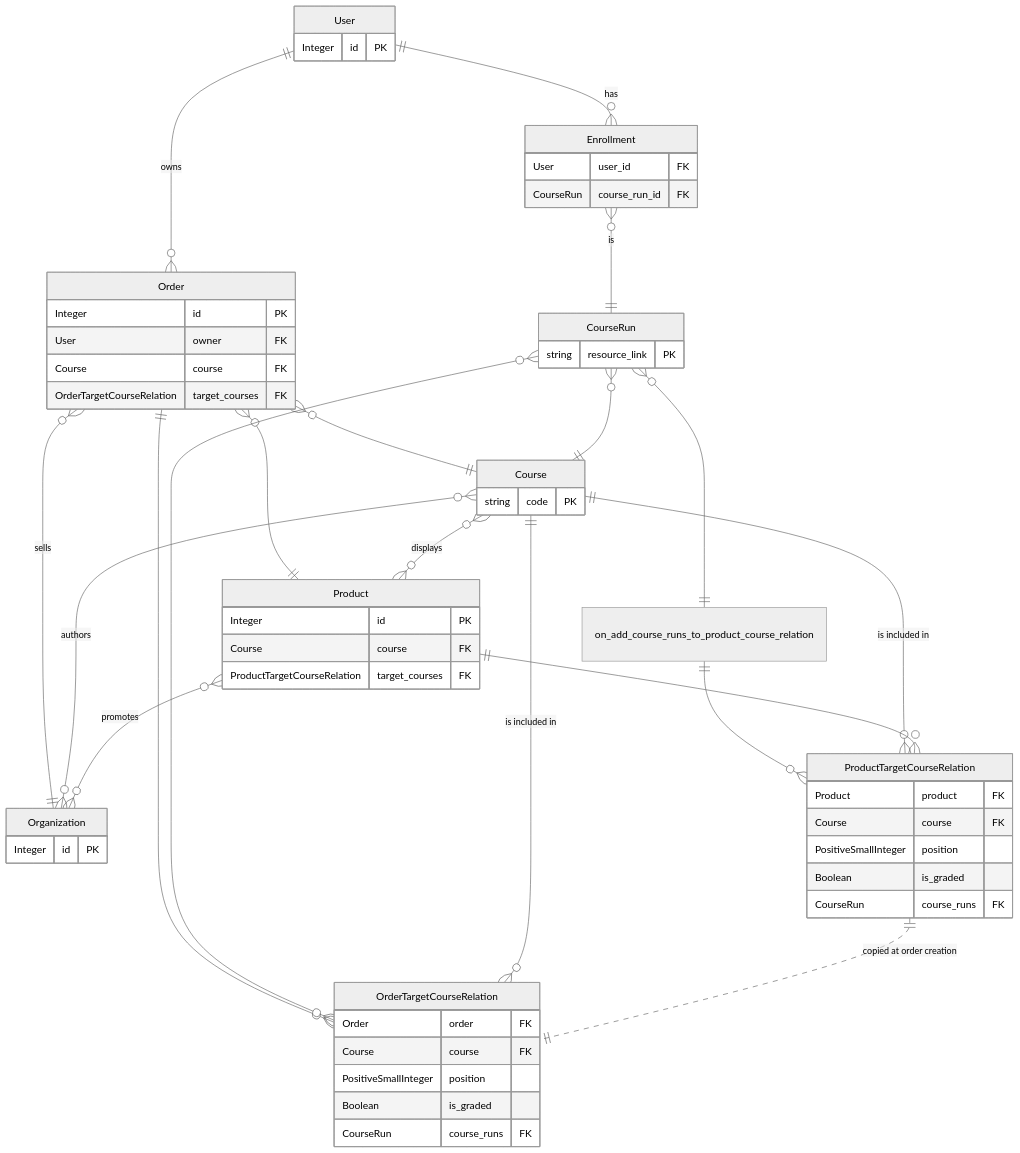
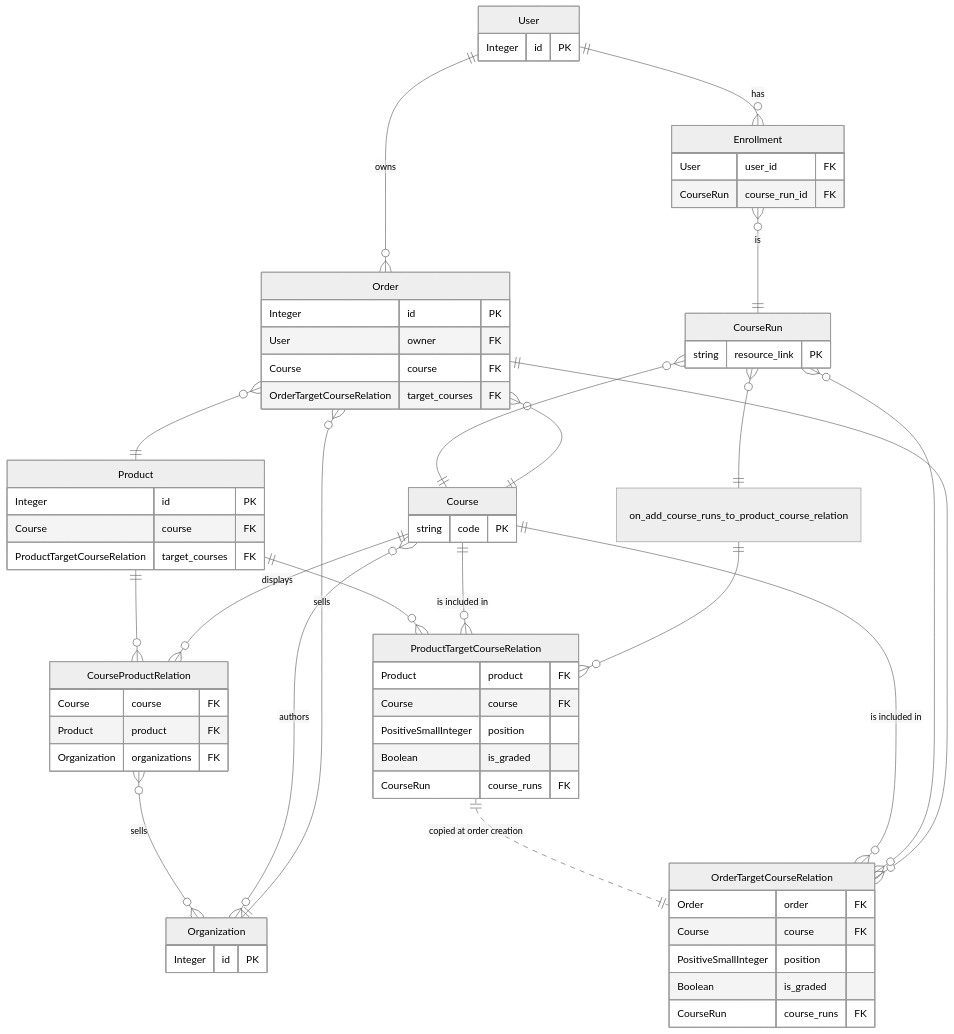
One commit to openfun/joanie changed the first of 3 diagrams in docs/reference/models.md. Above: the diagram before and after it, drawn with Mermaid (neutral theme). The commit also changed 21 other files, not shown here.

First line of the commit message:
♻️(models) move selling organizations to the course/product ManyToMany

````diff
--- a/docs/reference/models.md
+++ b/docs/reference/models.md
@@ -9,75 +9,82 @@
 ```mermaid
 erDiagram
 
     %% Models
         User {
             Integer id PK
         }
         Organization {
             Integer id PK
         }
         Enrollment {
             User user_id FK
             CourseRun course_run_id FK
         }
         Order {
             Integer id PK
             User owner FK
             Course course FK
             OrderTargetCourseRelation target_courses FK
         }
         CourseRun {
             string resource_link PK
         }
         Course {
             string code PK 
         }
         Product {
             Integer id PK
             Course course FK
             ProductTargetCourseRelation target_courses FK
+        }
+        CourseProductRelation {
+            Course course FK
+            Product product FK
+            Organization organizations FK
         }
         
         ProductTargetCourseRelation {
             Product product FK
             Course course FK
             PositiveSmallInteger position
             Boolean is_graded
             CourseRun course_runs FK
         }
         
         OrderTargetCourseRelation {
             Order order FK
             Course course FK
             PositiveSmallInteger position
             Boolean is_graded
             CourseRun course_runs FK
         }
         
     
     %% Relations
         User ||--o{ Enrollment : "has"
         User ||--o{ Order: "owns"
         
         Enrollment }o--|| CourseRun : "is"
         
         Order }o--|| Course : ""
         Order }o--|| Organization : "sells"
         Order }o--|| Product : ""
         Order ||--o{ OrderTargetCourseRelation : ""
         
         CourseRun }o--|| Course : ""
         CourseRun }o--o{ OrderTargetCourseRelation : "" 
         CourseRun }o--|| on_add_course_runs_to_product_course_relation : ""
         on_add_course_runs_to_product_course_relation || -- o{ ProductTargetCourseRelation : ""
         
         Course }o--o{ Organization : "authors"
-        Course }o--o{ Product : "displays"
+        Course ||--o{ CourseProductRelation : "displays"
         Course ||--o{ OrderTargetCourseRelation : "is included in"
         Course ||--o{ ProductTargetCourseRelation : "is included in"
 
-        Product }o--o{ Organization : "promotes"
+        Product ||--o{ CourseProductRelation : ""
         Product ||--o{ ProductTargetCourseRelation : ""
-        
+
+        CourseProductRelation }o--o{ Organization : "sells"
+
         ProductTargetCourseRelation ||..|| OrderTargetCourseRelation : "copied at order creation"
 ```
````
